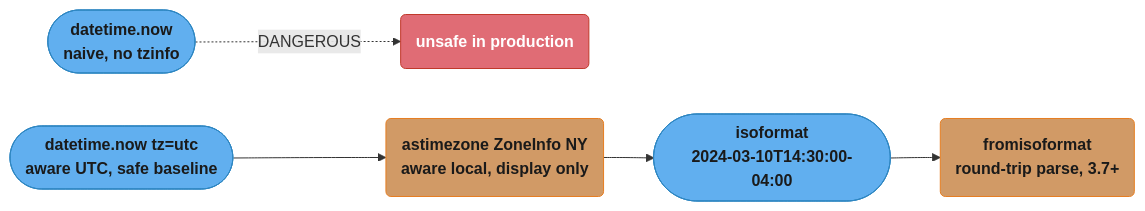
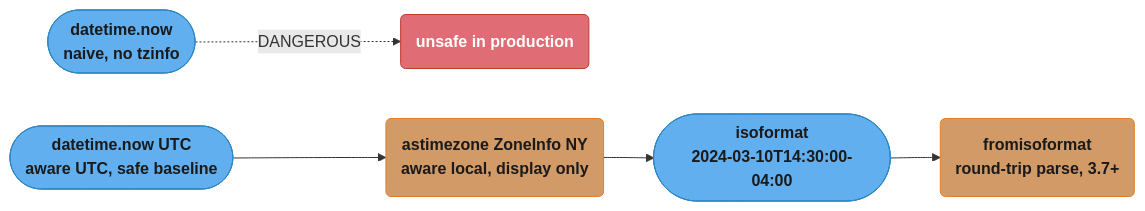
One commit to rppol/system-design changed the third of 7 diagrams in src/main/java/com/rutik/systemdesign/python/stdlib_datetime_and_logging/stdlib_datetime_and_logging.md. Above: the diagram before and after it, drawn with Mermaid. The commit also changed other lines of this file and 466 other files, not shown here.

````diff
--- a/src/main/java/com/rutik/systemdesign/python/stdlib_datetime_and_logging/stdlib_datetime_and_logging.md
+++ b/src/main/java/com/rutik/systemdesign/python/stdlib_datetime_and_logging/stdlib_datetime_and_logging.md
@@ -178,19 +178,19 @@
 ```mermaid
 flowchart LR
     classDef io      fill:#61afef,stroke:#2e86c1,color:#1a1a1a,font-weight:bold
     classDef frozen  fill:#c678dd,stroke:#9b59b6,color:#fff
     classDef train   fill:#98c379,stroke:#27ae60,color:#1a1a1a
     classDef mathOp  fill:#d19a66,stroke:#e67e22,color:#1a1a1a,font-weight:bold
     classDef lossN   fill:#e06c75,stroke:#c0392b,color:#fff,font-weight:bold
     classDef req     fill:#56b6c2,stroke:#0097a7,color:#1a1a1a
     classDef base    fill:#e5c07b,stroke:#f39c12,color:#1a1a1a
 
     naive(["datetime.now<br/>naive, no tzinfo"]) -.->|"DANGEROUS"| danger("unsafe in production")
-    awareutc(["datetime.now tz=utc<br/>aware UTC, safe baseline"]) --> local("astimezone ZoneInfo NY<br/>aware local, display only")
+    awareutc(["datetime.now UTC<br/>aware UTC, safe baseline"]) --> local("astimezone ZoneInfo NY<br/>aware local, display only")
     local --> iso(["isoformat<br/>2024-03-10T14:30:00-04:00"])
     iso --> parsed("fromisoformat<br/>round-trip parse, 3.7+")
 
     class naive,awareutc,iso io
     class danger lossN
     class local,parsed mathOp
 ```
````
